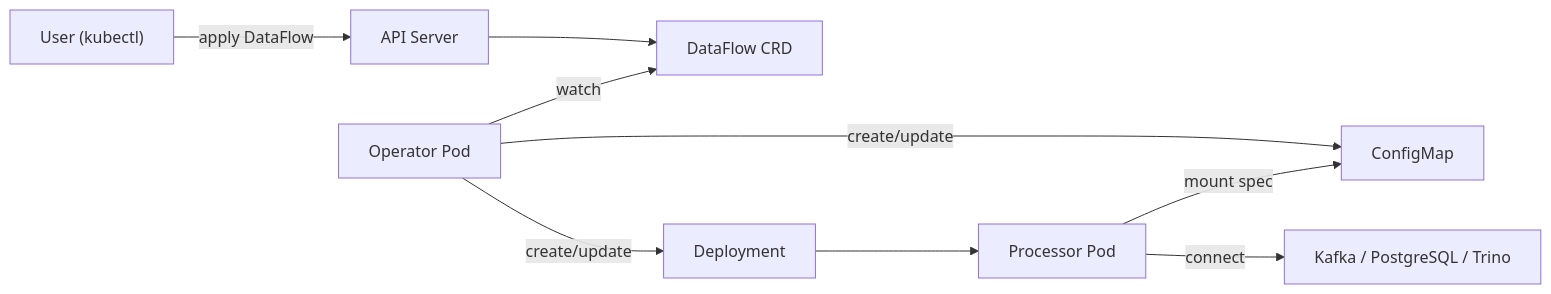
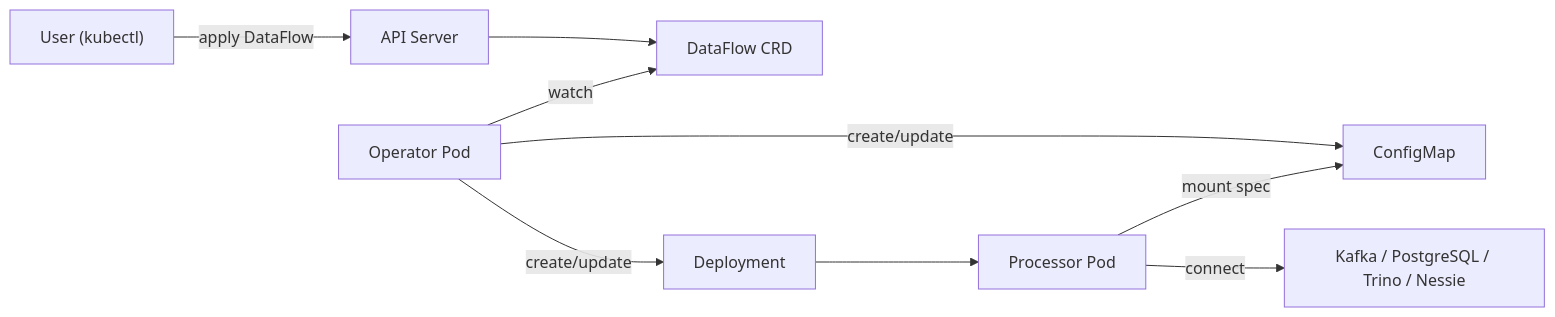
One commit to dataflow-operator/docs changed the first of 3 diagrams in docs/en/architecture.md. Above: the diagram before and after it, drawn with Mermaid. The commit also changed other lines of this file and 8 other files, not shown here.

````diff
--- a/docs/en/architecture.md
+++ b/docs/en/architecture.md
@@ -89,20 +89,20 @@
 ```mermaid
 flowchart LR
   User["User (kubectl)"]
   API["API Server"]
   CRD["DataFlow CRD"]
   Operator["Operator Pod"]
   CM["ConfigMap"]
   Dep["Deployment"]
   Proc["Processor Pod"]
-  Ext["Kafka / PostgreSQL / Trino"]
+  Ext["Kafka / PostgreSQL / Trino / Nessie"]
 
   User -->|"apply DataFlow"| API
   API --> CRD
   Operator -->|watch| CRD
   Operator -->|create/update| CM
   Operator -->|create/update| Dep
   Dep --> Proc
   Proc -->|mount spec| CM
   Proc -->|connect| Ext
 ```
````
